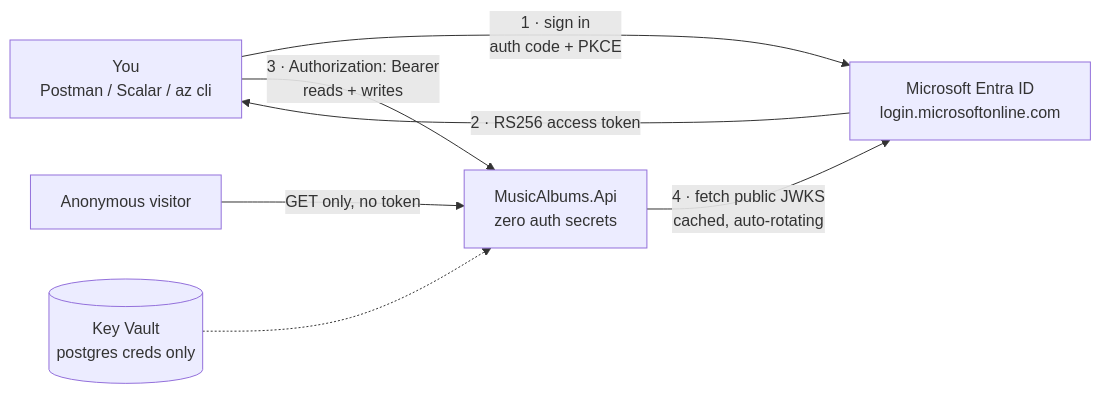
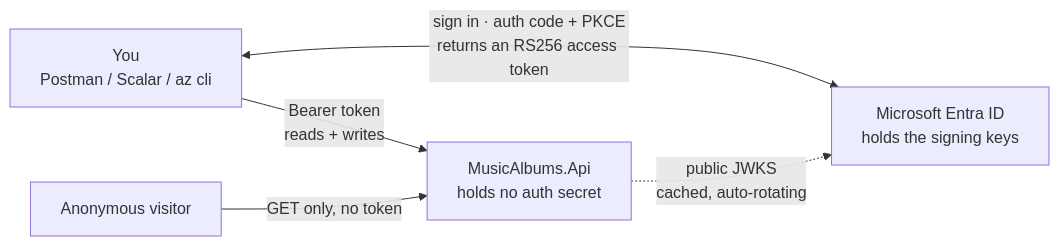
The second of 4 diagrams in docs/ENTRA_MIGRATION.md (fernandotonacoder/music-albums-api), drawn with Mermaid before and after one commit. The commit also changed other lines of this file, not shown here.

````diff
--- a/docs/ENTRA_MIGRATION.md
+++ b/docs/ENTRA_MIGRATION.md
@@ -77,17 +76,14 @@
 ```mermaid
 flowchart LR
     You["You<br/>Postman / Scalar / az cli"]
     Public["Anonymous visitor"]
-    Entra["Microsoft Entra ID<br/>login.microsoftonline.com"]
-    Api["MusicAlbums.Api<br/>zero auth secrets"]
-    KV[("Key Vault<br/>postgres creds only")]
+    Entra["Microsoft Entra ID<br/>holds the signing keys"]
+    Api["MusicAlbums.Api<br/>holds no auth secret"]
 
-    You -->|"1 · sign in<br/>auth code + PKCE"| Entra
-    Entra -->|"2 · RS256 access token"| You
-    You -->|"3 · Authorization: Bearer<br/>reads + writes"| Api
+    You <-->|"sign in · auth code + PKCE<br/>returns an RS256 access token"| Entra
+    You -->|"Bearer token<br/>reads + writes"| Api
 
     Public -->|"GET only, no token"| Api
 
-    Api -->|"4 · fetch public JWKS<br/>cached, auto-rotating"| Entra
-    KV -.-> Api
+    Api -.->|"public JWKS<br/>cached, auto-rotating"| Entra
 ```
````
